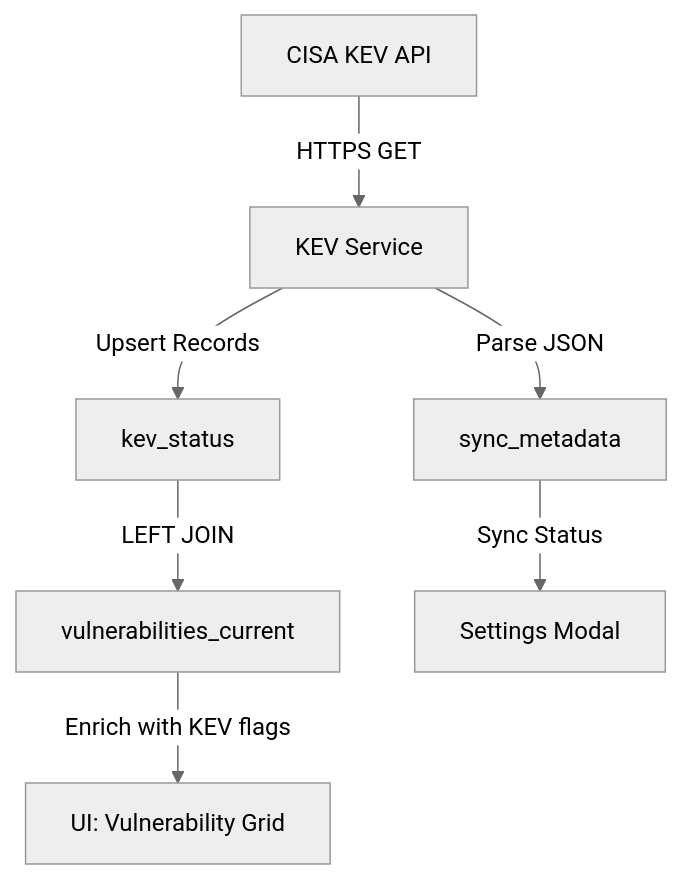
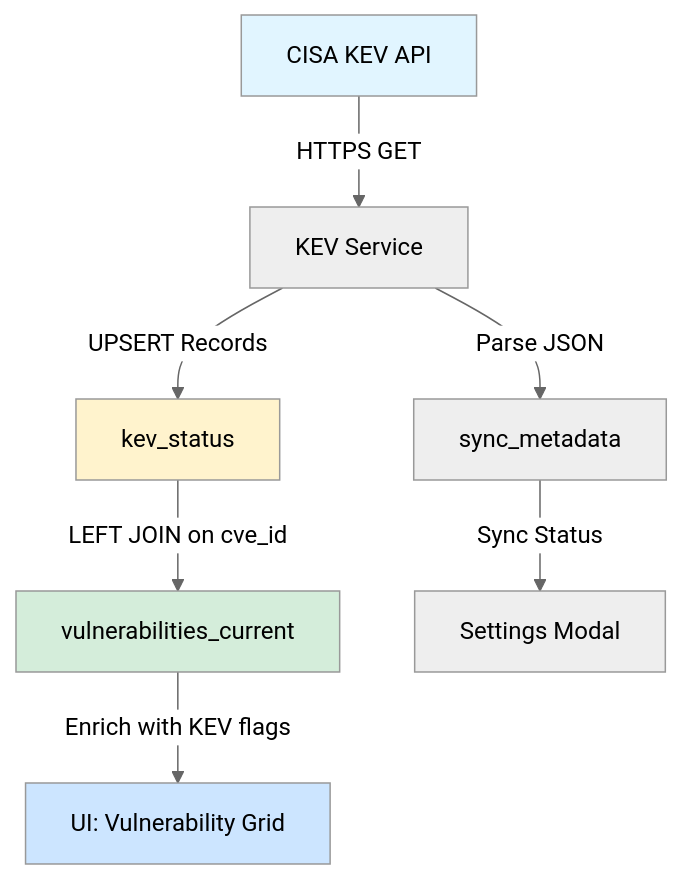
Before and after one commit to lbruton/HexTrackr: the third of 6 diagrams in app/public/docs-source/architecture/database.md, drawn with Mermaid (neutral theme). The commit also changed other lines of this file and 17 other files, not shown here.

First line of the commit message:
docs(DOCS-54): Add interactive ERD viewer with theme support

````diff
--- a/app/public/docs-source/architecture/database.md
+++ b/app/public/docs-source/architecture/database.md
@@ -283,9 +968,14 @@
 ```mermaid
 graph TD
     A[CISA KEV API] -->|HTTPS GET| B[KEV Service]
     B -->|Parse JSON| C[sync_metadata]
-    B -->|Upsert Records| D[kev_status]
-    D -->|LEFT JOIN| E[vulnerabilities_current]
+    B -->|UPSERT Records| D[kev_status]
+    D -->|LEFT JOIN on cve_id| E[vulnerabilities_current]
     E -->|Enrich with KEV flags| F[UI: Vulnerability Grid]
     C -->|Sync Status| G[Settings Modal]
+
+    style A fill:#e1f5ff
+    style D fill:#fff3cd
+    style E fill:#d4edda
+    style F fill:#cce5ff
 ```
````
